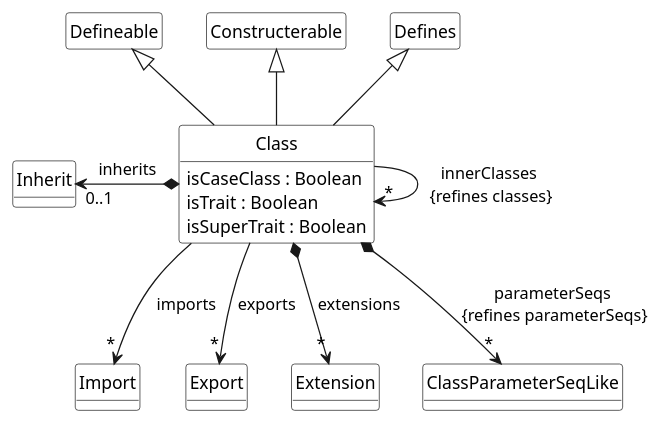
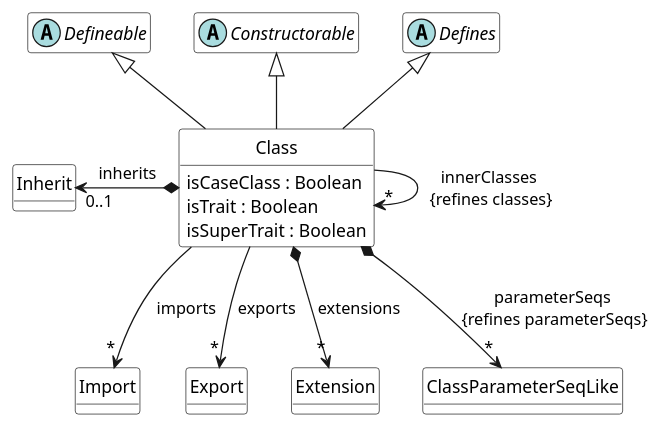
The diagram in scala-meta-model/class.meta.puml (tizuck/scala-uml-diagrams), drawn with PlantUML before and after one commit. The commit also changed 1 other file, not shown here.

```diff
--- a/scala-meta-model/class.meta.puml
+++ b/scala-meta-model/class.meta.puml
@@ -1,26 +1,31 @@
 @startuml Class
-class Class extends Defineable, Constructerable, Defines {
+
+abstract class Defineable
+abstract class Constructorable 
+abstract class Defines 
+
+class Class extends Defineable, Constructorable, Defines {
     isCaseClass : Boolean 
     isTrait : Boolean 
     isSuperTrait : Boolean 
 }
 
 Class --> "*" Class : innerClasses\n {refines classes}
 Class --> "*" Import : imports
 Class --> "*" Export : exports 
 Class *--left> "0..1  " Inherit : inherits
 Class *--> "*" Extension : "extensions"
 Class *--> "*" ClassParameterSeqLike : parameterSeqs \n{refines parameterSeqs}
 
 hide class circle
 hide class methods
 hide Defineable members
-hide Constructerable members 
+hide Constructorable members 
 hide Defines members 
 
 skinparam class {
     BackgroundColor White
     ArrowColor Black
     BorderColor Black
 }
 @enduml
```
